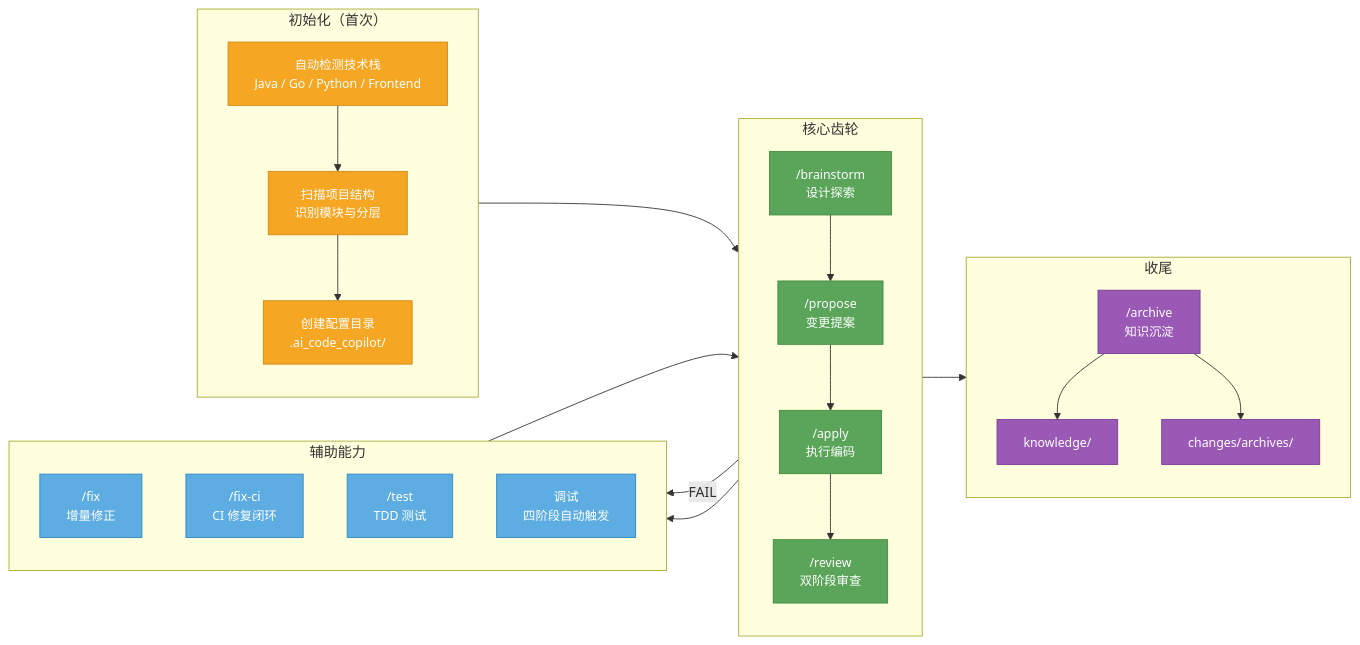
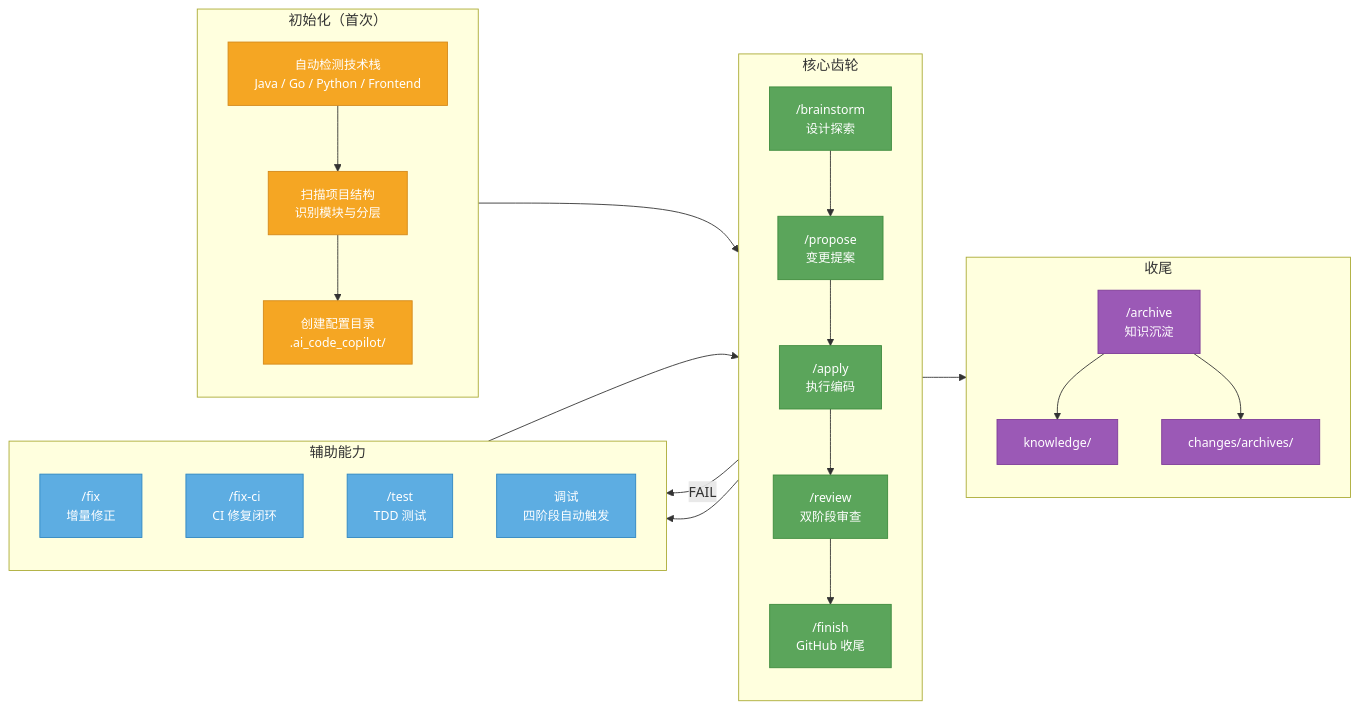
One commit to ting2tao/ai-code-copilot changed the diagram in README.md. Above: the diagram before and after it, drawn with Mermaid. The commit also changed other lines of this file and 7 other files, not shown here.

Commit message:
feat(finish): add configurable GitHub handoff workflow

````diff
--- a/README.md
+++ b/README.md
@@ -44,52 +44,55 @@
 ```mermaid
 flowchart LR
     subgraph Init ["  初始化（首次）"]
         direction TB
         I1["自动检测技术栈<br/>Java / Go / Python / Frontend"]
         I2["扫描项目结构<br/>识别模块与分层"]
         I3["创建配置目录<br/>.ai_code_copilot/"]
         I1 --> I2 --> I3
     end
 
     subgraph Gears ["  核心齿轮"]
         direction TB
         Brain["/brainstorm<br/>设计探索"]
         Spec["/propose<br/>变更提案"]
         Code["/apply<br/>执行编码"]
         Check["/review<br/>双阶段审查"]
+        Finish["/finish<br/>GitHub 收尾"]
         Brain --> Spec --> Code --> Check
+        Check --> Finish
     end
 
     subgraph Side ["  辅助能力"]
         direction TB
         Fix["/fix<br/>增量修正"]
         FixCI["/fix-ci<br/>CI 修复闭环"]
         Test["/test<br/>TDD 测试"]
         Debug["调试<br/>四阶段自动触发"]
     end
 
     subgraph Final ["  收尾"]
         direction TB
         Archive["/archive<br/>知识沉淀"]
         Knowledge["knowledge/"]
         Archives["changes/archives/"]
         Archive --> Knowledge
         Archive --> Archives
     end
 
     Init --> Gears
     Check -->|"FAIL"| Fix
     Fix --> Check
     Gears --> Side
     Gears --> Final
 
     classDef gear fill:#5BA55B,stroke:#3D8B3D,color:#fff,font-size:14px
     classDef side fill:#5DADE2,stroke:#2E86C1,color:#fff,font-size:14px
     classDef final fill:#9B59B6,stroke:#7D3C98,color:#fff,font-size:14px
     classDef init fill:#F5A623,stroke:#D4891A,color:#fff,font-size:14px
 
     class Brain,Spec,Code,Check gear
+    class Finish gear
     class Fix,FixCI,Test,Debug side
     class Archive,Knowledge,Archives final
     class I1,I2,I3 init
 ```
````
